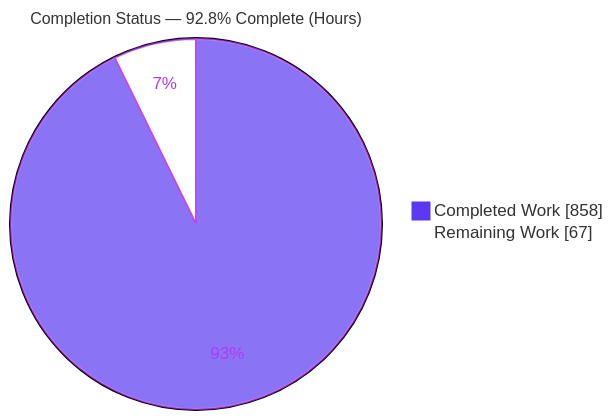
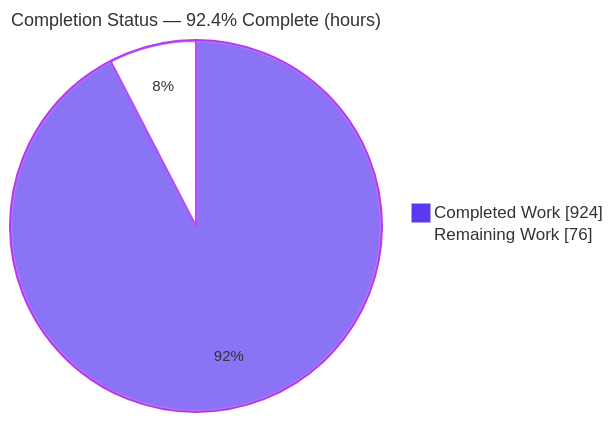
One commit to blitzy-public-samples/aws-carddemo-blitzy changed the first of 3 diagrams in blitzy/documentation/Project Guide.md. Above: the diagram before and after it, drawn with Mermaid. The commit also changed other lines of this file, not shown here.

Commit message:
Adding Blitzy Project Guide: Project Status and Human Tasks Remaining

````diff
--- a/blitzy/documentation/Project Guide.md
+++ b/blitzy/documentation/Project Guide.md
@@ -19,6 +26,6 @@
 ```mermaid
-%%{init: {'theme':'base','themeVariables':{'pie1':'#5B39F3','pie2':'#FFFFFF','pieStrokeColor':'#B23AF2','pieOuterStrokeWidth':'2px','pieTitleTextSize':'16px','pieSectionTextColor':'#B23AF2'}}}%%
-pie showData title Completion Status — 92.8% Complete (Hours)
-    "Completed Work" : 858
-    "Remaining Work" : 67
+%%{init: {'theme':'base', 'themeVariables':{'pie1':'#5B39F3','pie2':'#FFFFFF','pieStrokeColor':'#B23AF2','pieStrokeWidth':'2px','pieOuterStrokeColor':'#B23AF2','pieTitleTextSize':'18px','pieSectionTextSize':'15px'}}}%%
+pie showData title Completion Status — 92.4% Complete (hours)
+    "Completed Work" : 924
+    "Remaining Work" : 76
 ```
````
